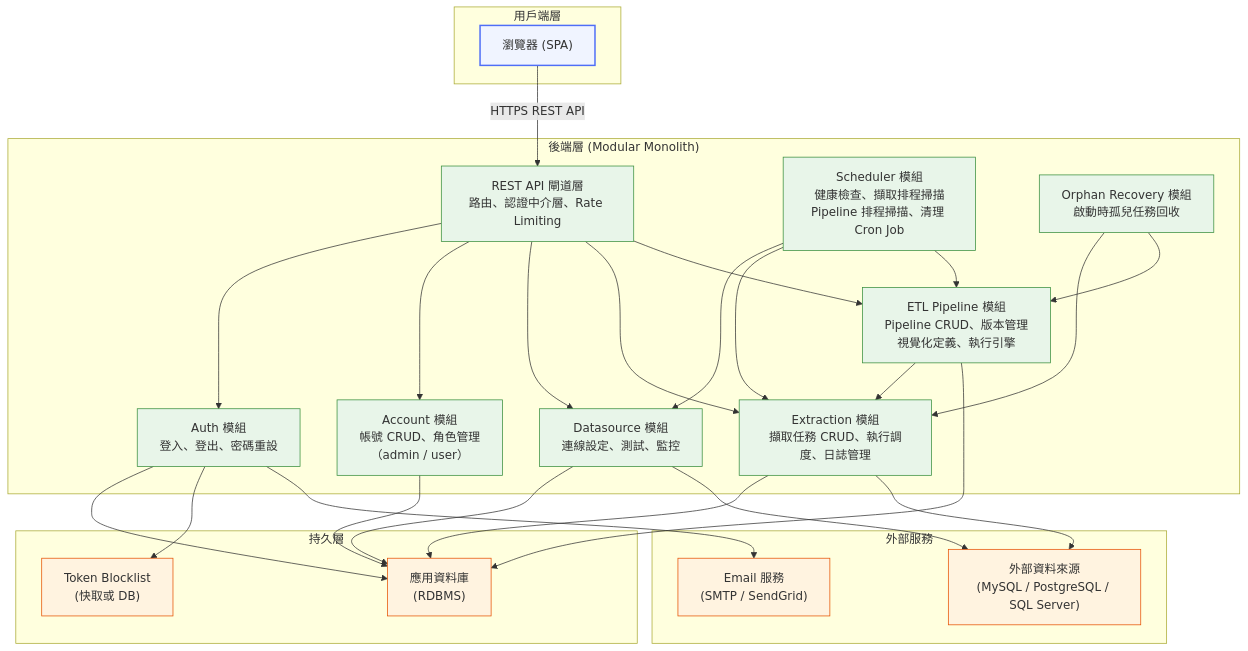
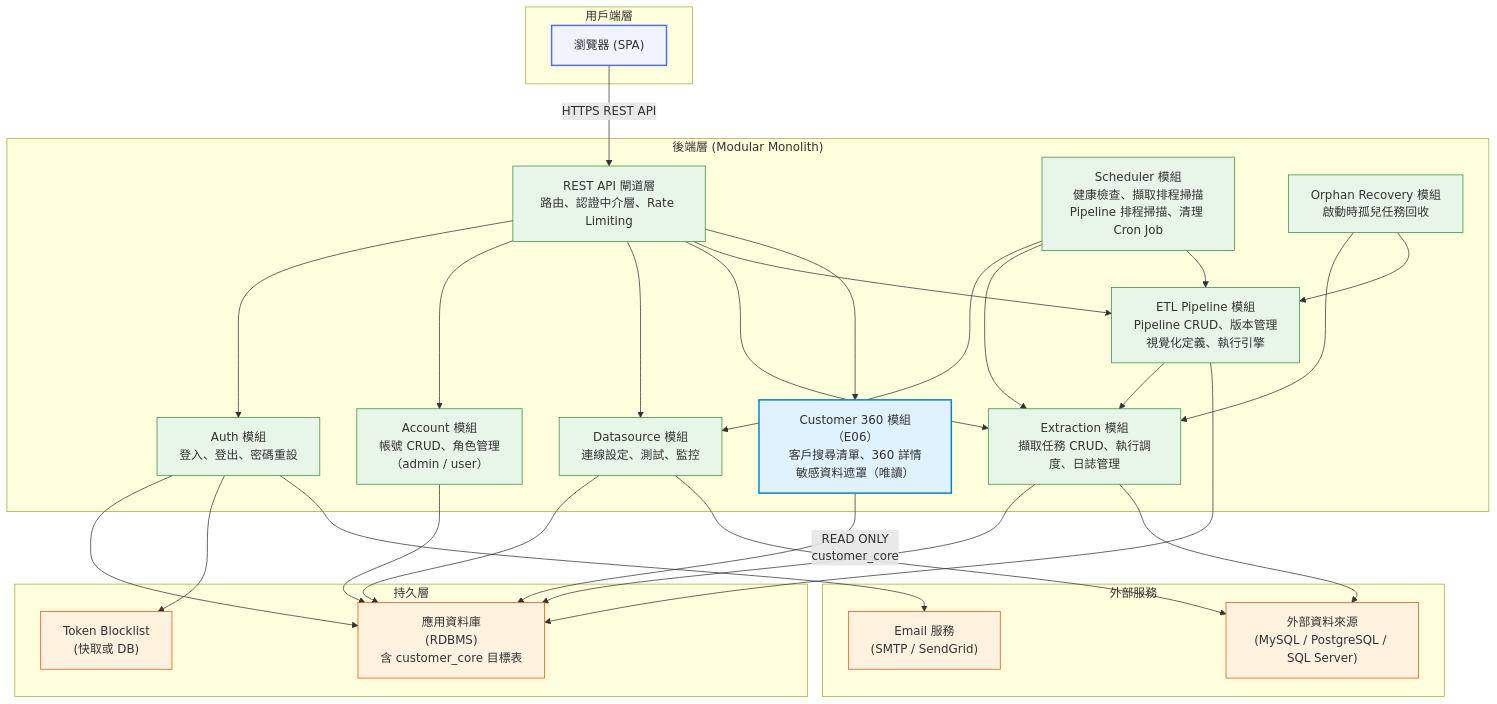
Before and after one commit to wisewhalesoft/cdmp-mvp: the first of 18 diagrams in docs/specs/architecture-spec.md, drawn with Mermaid. The commit also changed other lines of this file and 2 other files, not shown here.

````diff
--- a/docs/specs/architecture-spec.md
+++ b/docs/specs/architecture-spec.md
@@ -42,56 +42,61 @@
 ```mermaid
 graph TD
     subgraph 用戶端["用戶端層"]
         Browser["瀏覽器 (SPA)"]
     end
 
     subgraph 後端["後端層 (Modular Monolith)"]
         API["REST API 閘道層<br/>路由、認證中介層、Rate Limiting"]
         AuthMod["Auth 模組<br/>登入、登出、密碼重設"]
         AccountMod["Account 模組<br/>帳號 CRUD、角色管理<br/>（admin / user）"]
         DatasourceMod["Datasource 模組<br/>連線設定、測試、監控"]
         ExtractionMod["Extraction 模組<br/>擷取任務 CRUD、執行調度、日誌管理"]
         ETLMod["ETL Pipeline 模組<br/>Pipeline CRUD、版本管理<br/>視覺化定義、執行引擎"]
+        C360Mod["Customer 360 模組（E06）<br/>客戶搜尋清單、360 詳情<br/>敏感資料遮罩（唯讀）"]
         Scheduler["Scheduler 模組<br/>健康檢查、擷取排程掃描<br/>Pipeline 排程掃描、清理 Cron Job"]
         OrphanRecoveryMod["Orphan Recovery 模組<br/>啟動時孤兒任務回收"]
     end
 
     subgraph 持久層["持久層"]
-        AppDB["應用資料庫<br/>(RDBMS)"]
+        AppDB["應用資料庫<br/>(RDBMS)<br/>含 customer_core 目標表"]
         TokenStore["Token Blocklist<br/>(快取或 DB)"]
     end
 
     subgraph 外部["外部服務"]
         Email["Email 服務<br/>(SMTP / SendGrid)"]
         TargetDB["外部資料來源<br/>(MySQL / PostgreSQL / SQL Server)"]
     end
 
     Browser -->|"HTTPS REST API"| API
     API --> AuthMod
     API --> AccountMod
     API --> DatasourceMod
     API --> ExtractionMod
     API --> ETLMod
+    API --> C360Mod
     Scheduler --> DatasourceMod
     Scheduler --> ExtractionMod
     Scheduler --> ETLMod
     OrphanRecoveryMod --> ExtractionMod
     OrphanRecoveryMod --> ETLMod
     ETLMod --> ExtractionMod
     AuthMod --> AppDB
     AuthMod --> TokenStore
     AuthMod --> Email
     AccountMod --> AppDB
     DatasourceMod --> AppDB
     DatasourceMod --> TargetDB
     ExtractionMod --> AppDB
     ExtractionMod --> TargetDB
     ETLMod --> AppDB
+    C360Mod -->|"READ ONLY<br/>customer_core"| AppDB
 
     classDef layer fill:#f0f4ff,stroke:#4f6ef7,stroke-width:2px
     classDef module fill:#e8f5e9,stroke:#388e3c,stroke-width:1px
+    classDef c360module fill:#e0f2fe,stroke:#0284c7,stroke-width:2px
     classDef external fill:#fff3e0,stroke:#e65100,stroke-width:1px
     class Browser layer
     class API,AuthMod,AccountMod,DatasourceMod,ExtractionMod,ETLMod,Scheduler,OrphanRecoveryMod module
+    class C360Mod c360module
     class Email,TargetDB,AppDB,TokenStore external
 ```
````
